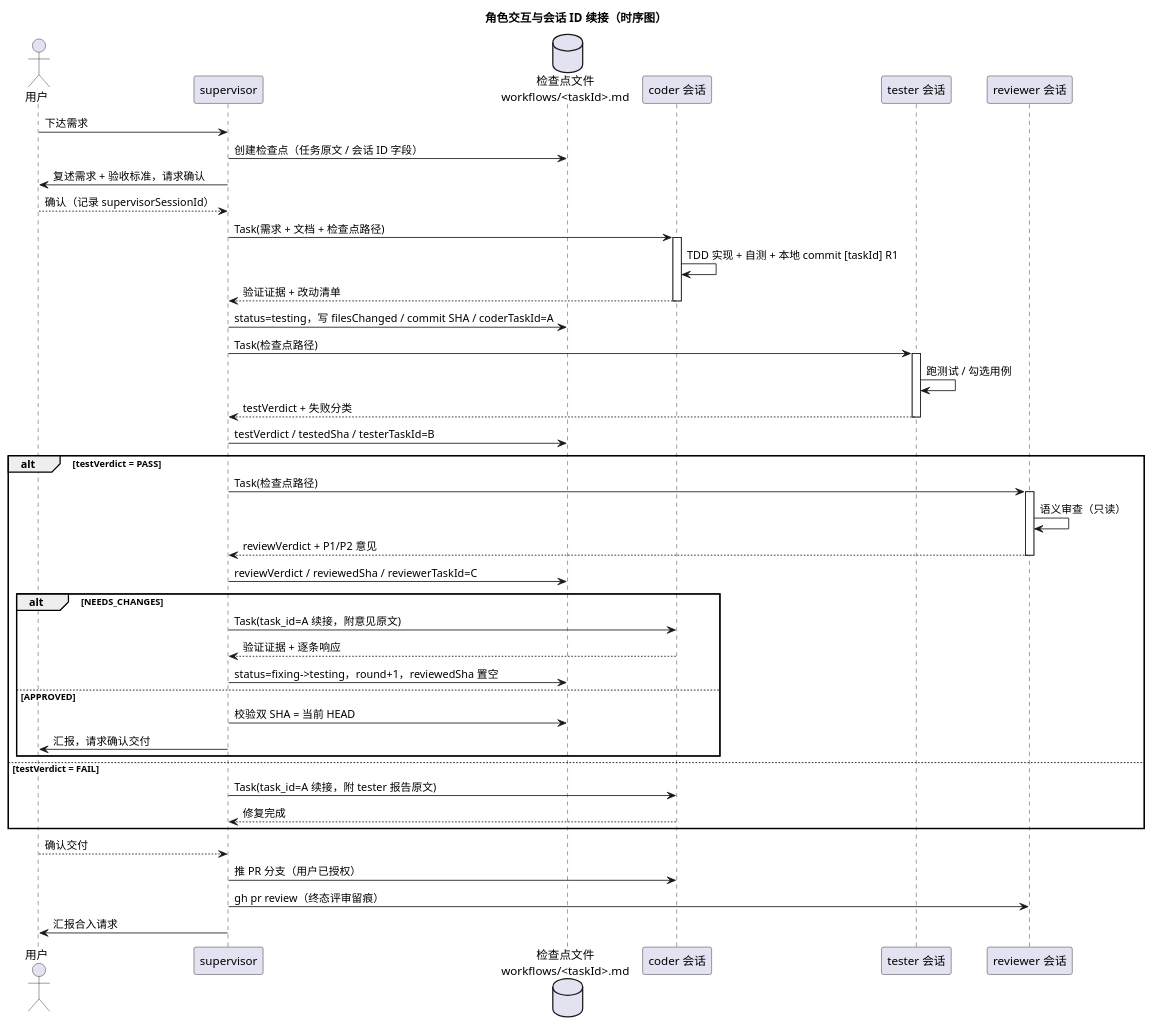
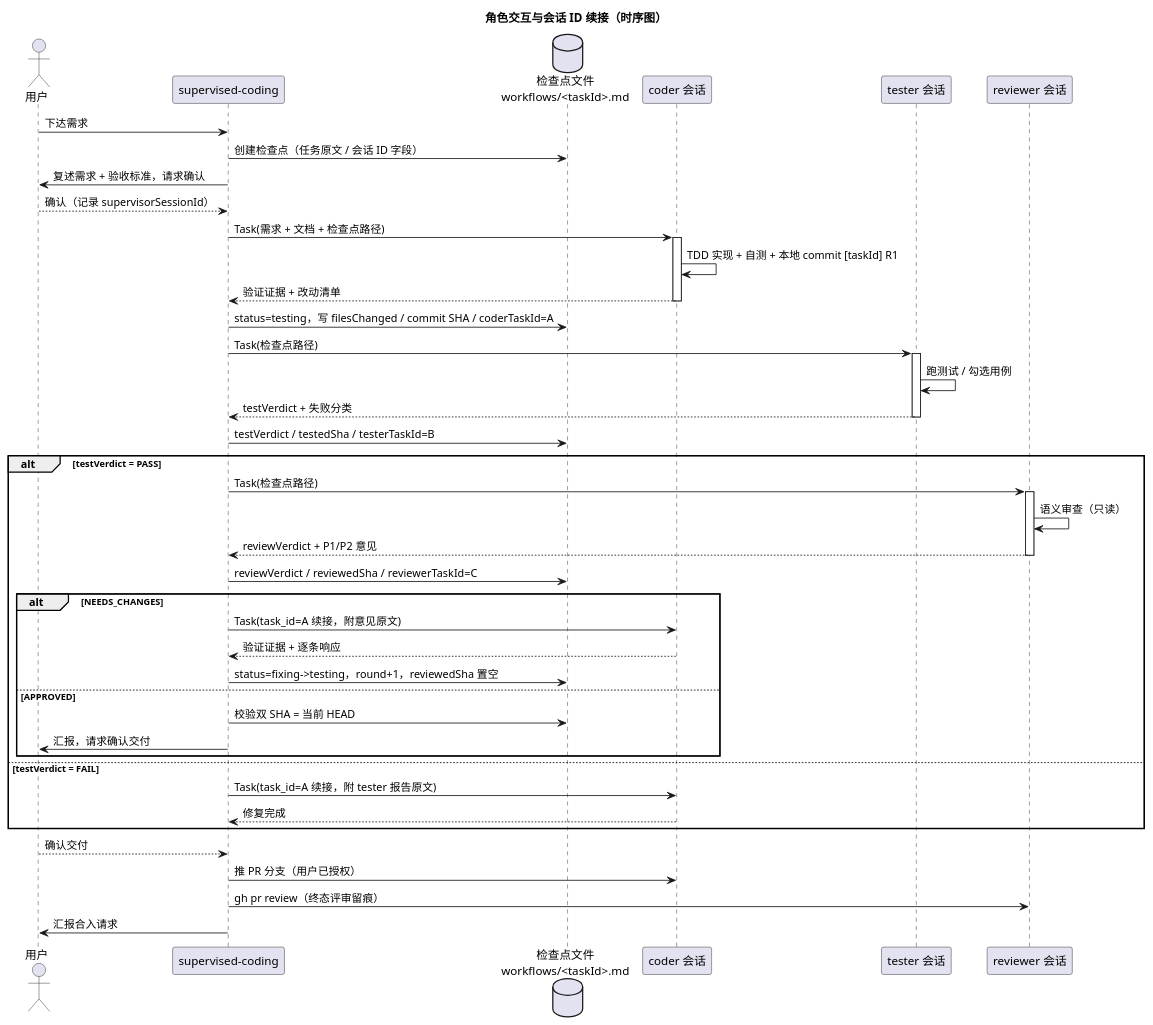
One commit to yq3/lab changed the second of 2 diagrams in .opencode/README.md. Above: the diagram before and after it, drawn with PlantUML. The commit also changed other lines of this file and 5 other files, not shown here.

First line of the commit message:
refactor(opencode): rename supervisor to supervised-coding, capitalize agent display names

````diff
--- a/.opencode/README.md
+++ b/.opencode/README.md
@@ -301,61 +301,61 @@
 ```puml
 @startuml multi-agent-sequence
 title 角色交互与会话 ID 续接（时序图）
 
 actor "用户" as User
-participant "supervisor" as Sup
+participant "supervised-coding" as Sup
 database "检查点文件\nworkflows/<taskId>.md" as CP
 participant "coder 会话" as Coder
 participant "tester 会话" as Tester
 participant "reviewer 会话" as Rev
 
 User -> Sup: 下达需求
 Sup -> CP: 创建检查点（任务原文 / 会话 ID 字段）
 Sup -> User: 复述需求 + 验收标准，请求确认
 User --> Sup: 确认（记录 supervisorSessionId）
 
 Sup -> Coder: Task(需求 + 文档 + 检查点路径)
 ' 首次调用，返回 task_id=A
 activate Coder
 Coder -> Coder: TDD 实现 + 自测 + 本地 commit [taskId] R1
 Coder --> Sup: 验证证据 + 改动清单
 deactivate Coder
 Sup -> CP: status=testing，写 filesChanged / commit SHA / coderTaskId=A
 
 Sup -> Tester: Task(检查点路径)
 ' 首次调用，返回 task_id=B
 activate Tester
 Tester -> Tester: 跑测试 / 勾选用例
 Tester --> Sup: testVerdict + 失败分类
 deactivate Tester
 Sup -> CP: testVerdict / testedSha / testerTaskId=B
 
 alt testVerdict = PASS
   Sup -> Rev: Task(检查点路径)
   ' 首次调用，返回 task_id=C
   activate Rev
   Rev -> Rev: 语义审查（只读）
   Rev --> Sup: reviewVerdict + P1/P2 意见
   deactivate Rev
   Sup -> CP: reviewVerdict / reviewedSha / reviewerTaskId=C
   alt NEEDS_CHANGES
     Sup -> Coder: Task(task_id=A 续接，附意见原文)
     ' 复用同一 coder 会话，上下文连续
     Coder --> Sup: 验证证据 + 逐条响应
     Sup -> CP: status=fixing->testing，round+1，reviewedSha 置空
   else APPROVED
     Sup -> CP: 校验双 SHA = 当前 HEAD
     Sup -> User: 汇报，请求确认交付
   end
 else testVerdict = FAIL
   Sup -> Coder: Task(task_id=A 续接，附 tester 报告原文)
   Coder --> Sup: 修复完成
 end
 
 User --> Sup: 确认交付
 Sup -> Coder: 推 PR 分支（用户已授权）
 Sup -> Rev: gh pr review（终态评审留痕）
 Sup -> User: 汇报合入请求
 
 @enduml
 ```
````
